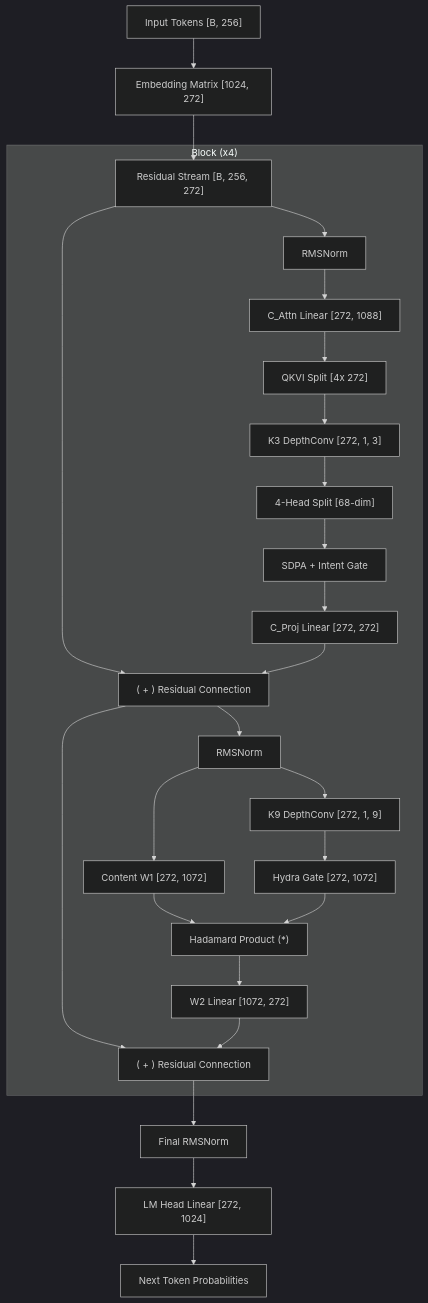
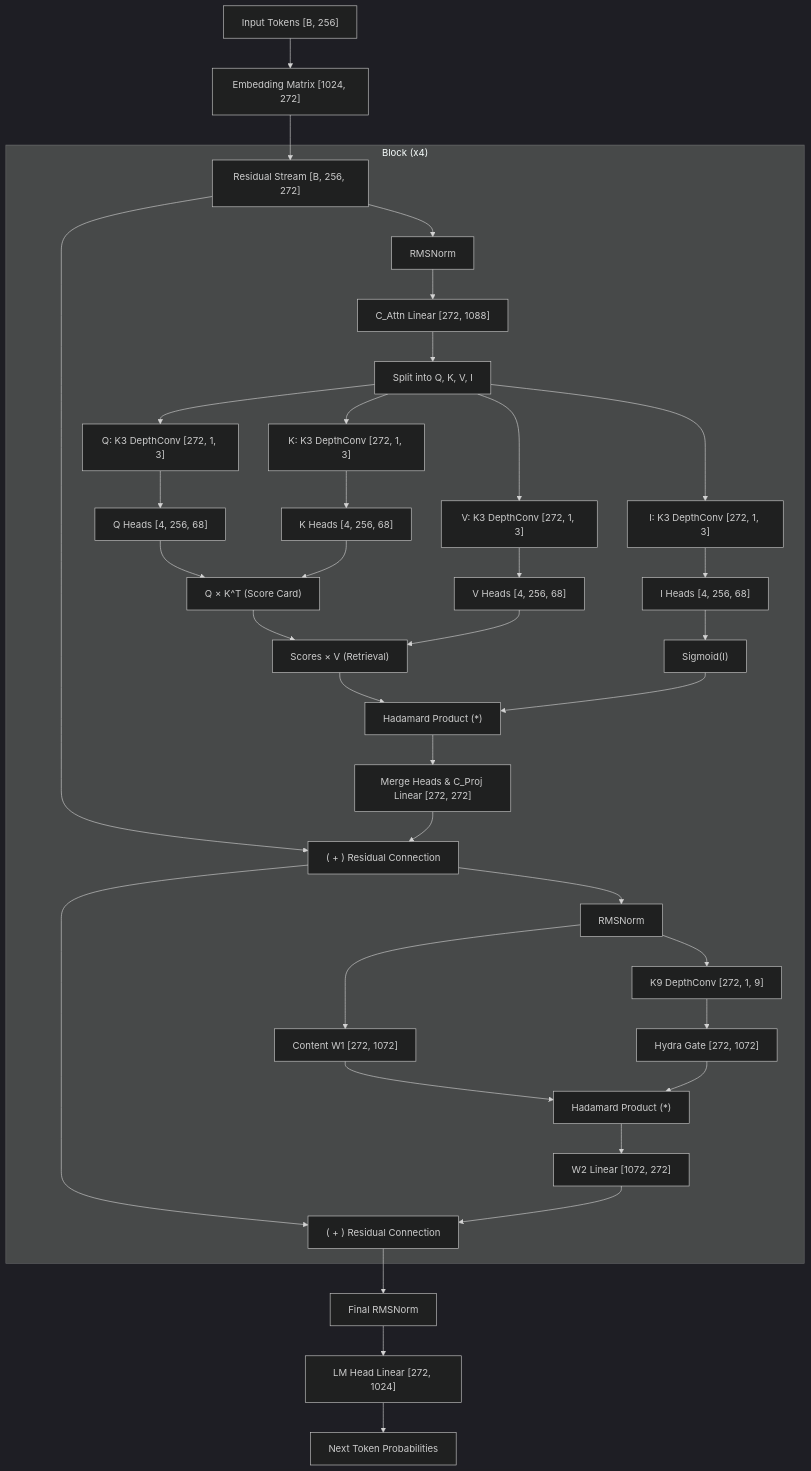
Before and after one commit to luozichen/NeonBench: the diagram in docs/neon167.md, drawn with Mermaid (dark theme). The commit also changed other lines of this file, not shown here.

````diff
--- a/docs/neon167.md
+++ b/docs/neon167.md
@@ -108,35 +108,61 @@
 ```mermaid
 graph TD
     A["Input Tokens [B, 256]"] --> B["Embedding Matrix [1024, 272]"]
     B --> C["Residual Stream [B, 256, 272]"]
     
     subgraph "Block (x4)"
-    C --> D["RMSNorm"]
-    D --> E["C_Attn Linear [272, 1088]"]
-    E --> F["QKVI Split [4x 272]"]
-    F --> G["K3 DepthConv [272, 1, 3]"]
-    G --> H["4-Head Split [68-dim]"]
-    H --> I["SDPA + Intent Gate"]
-    I --> J["C_Proj Linear [272, 272]"]
-    
-    %% CORRECTED: Added the skip connection from C to K
-    C --> K["( + ) Residual Connection"]
-    J --> K
-    
-    K --> L["RMSNorm"]
-    L --> M["K9 DepthConv [272, 1, 9]"]
-    M --> N["Hydra Gate [272, 1072]"]
-    L --> O["Content W1 [272, 1072]"]
-    O --> P["Hadamard Product (*)"]
-    N --> P
-    P --> Q["W2 Linear [1072, 272]"]
-    
-    %% CORRECTED: Added the skip connection from K to R
-    K --> R["( + ) Residual Connection"]
-    Q --> R
+        C --> D["RMSNorm"]
+        D --> E["C_Attn Linear [272, 1088]"]
+        
+        %% Splitting the projected tensor into 4 distinct paths
+        E --> F["Split into Q, K, V, I"]
+        
+        %% Parallel Depthwise Convolutions
+        F --> GQ["Q: K3 DepthConv [272, 1, 3]"]
+        F --> GK["K: K3 DepthConv [272, 1, 3]"]
+        F --> GV["V: K3 DepthConv [272, 1, 3]"]
+        F --> GI["I: K3 DepthConv [272, 1, 3]"]
+        
+        %% Splitting into 4 Attention Heads (68-dim each)
+        GQ --> HQ["Q Heads [4, 256, 68]"]
+        GK --> HK["K Heads [4, 256, 68]"]
+        GV --> HV["V Heads [4, 256, 68]"]
+        GI --> HI["I Heads [4, 256, 68]"]
+        
+        %% Explicit SDPA Logic
+        HQ --> Score["Q × K^T (Score Card)"]
+        HK --> Score
+        Score --> Retrieval["Scores × V (Retrieval)"]
+        HV --> Retrieval
+        
+        %% Explicit Intent Gating
+        HI --> SigI["Sigmoid(I)"]
+        Retrieval --> Gate["Hadamard Product (*)"]
+        SigI --> Gate
+        
+        %% Merging back to residual dimension
+        Gate --> J["Merge Heads & C_Proj Linear [272, 272]"]
+        
+        %% Attention Residual Connection
+        C --> K["( + ) Residual Connection"]
+        J --> K
+        
+        %% Hydra MLP
+        K --> L["RMSNorm"]
+        L --> M["K9 DepthConv [272, 1, 9]"]
+        M --> N["Hydra Gate [272, 1072]"]
+        L --> O["Content W1 [272, 1072]"]
+        O --> P["Hadamard Product (*)"]
+        N --> P
+        P --> Q["W2 Linear [1072, 272]"]
+        
+        %% MLP Residual Connection
+        K --> R["( + ) Residual Connection"]
+        Q --> R
     end
     
     R --> S["Final RMSNorm"]
     S --> T["LM Head Linear [272, 1024]"]
     T --> U["Next Token Probabilities"]
+
 ```
````
